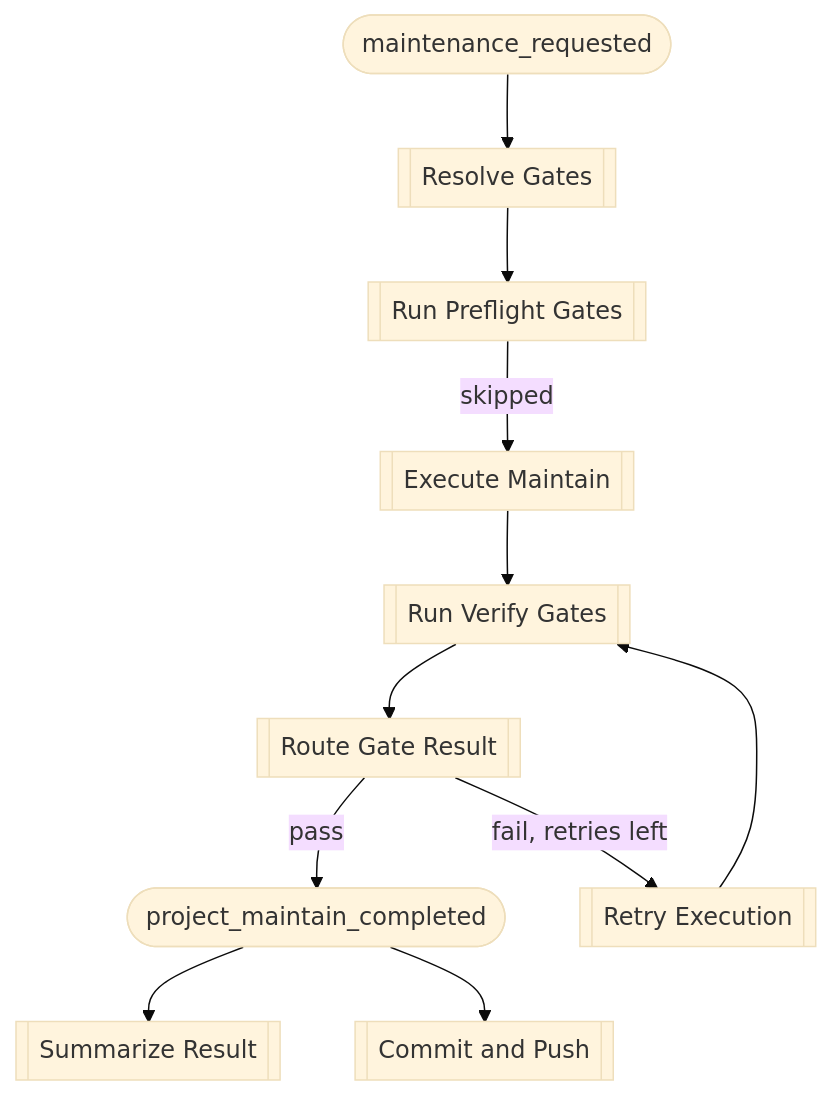
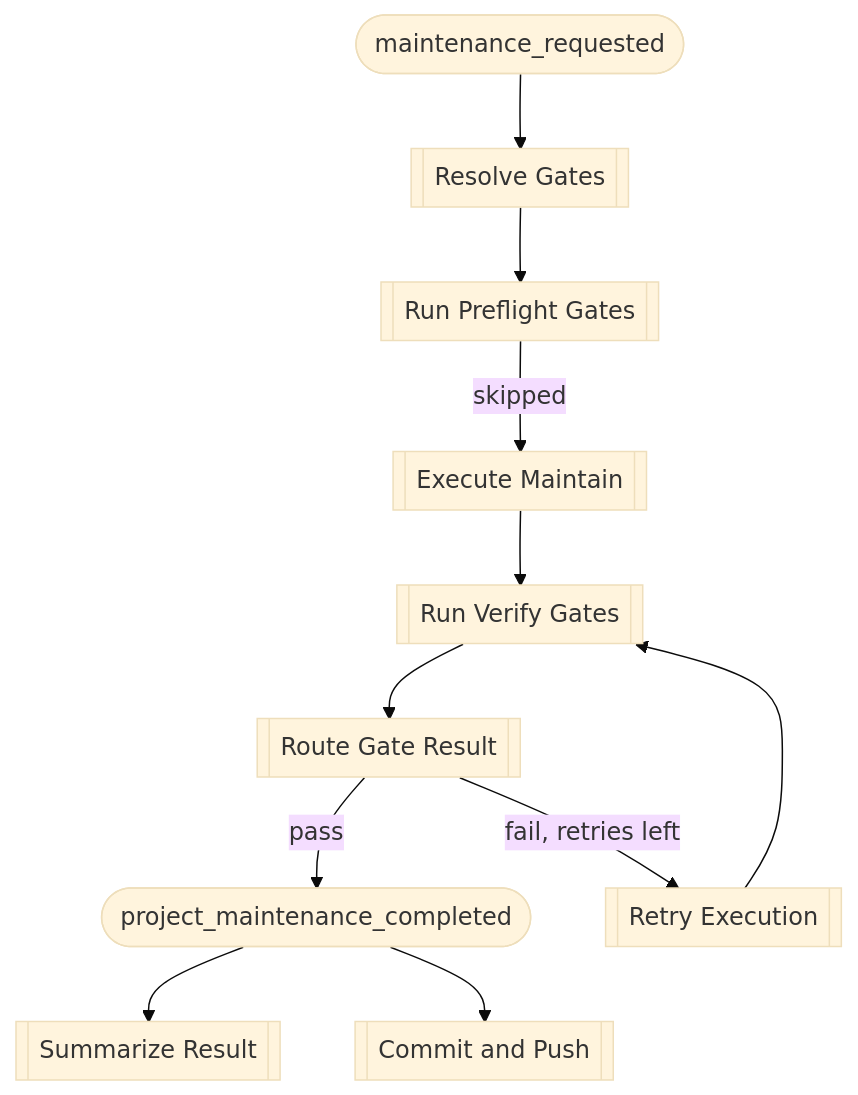
The third of 6 diagrams in book/src/guide/workflow-formations.md (svetzal/foundry), drawn with Mermaid (base theme) before and after one commit. The commit also changed other lines of this file and 37 other files, not shown here.

````diff
--- a/book/src/guide/workflow-formations.md
+++ b/book/src/guide/workflow-formations.md
@@ -123,13 +123,13 @@
 ```mermaid
 flowchart TD
     A([maintenance_requested]) --> B[[Resolve Gates]]
     B --> C[[Run Preflight Gates]]
     C -->|skipped| D[[Execute Maintain]]
     D --> E[[Run Verify Gates]]
     E --> F[[Route Gate Result]]
-    F -->|pass| G([project_maintain_completed])
+    F -->|pass| G([project_maintenance_completed])
     F -->|fail, retries left| H[[Retry Execution]]
     H --> E
     G --> I[[Summarize Result]]
     G --> J[[Commit and Push]]
 ```
````
